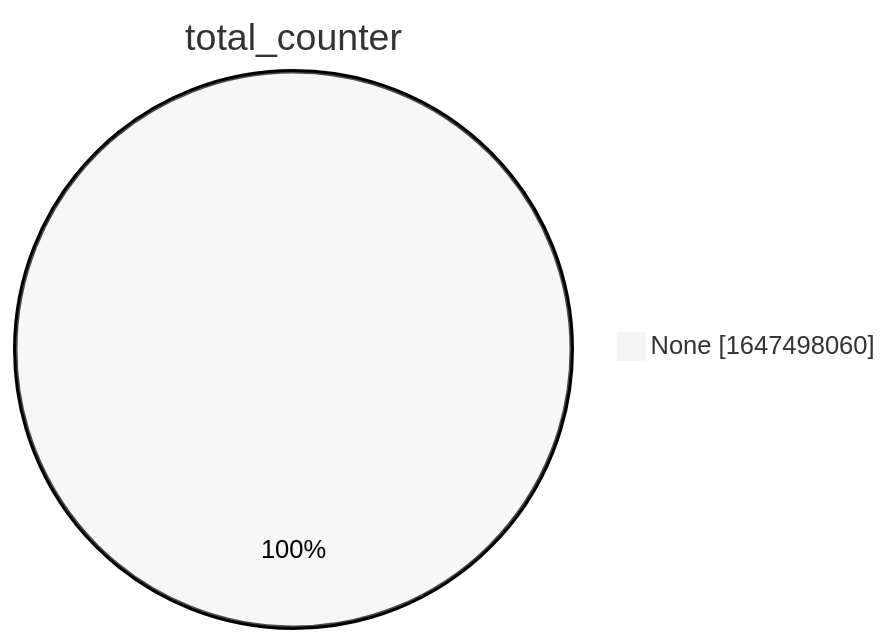
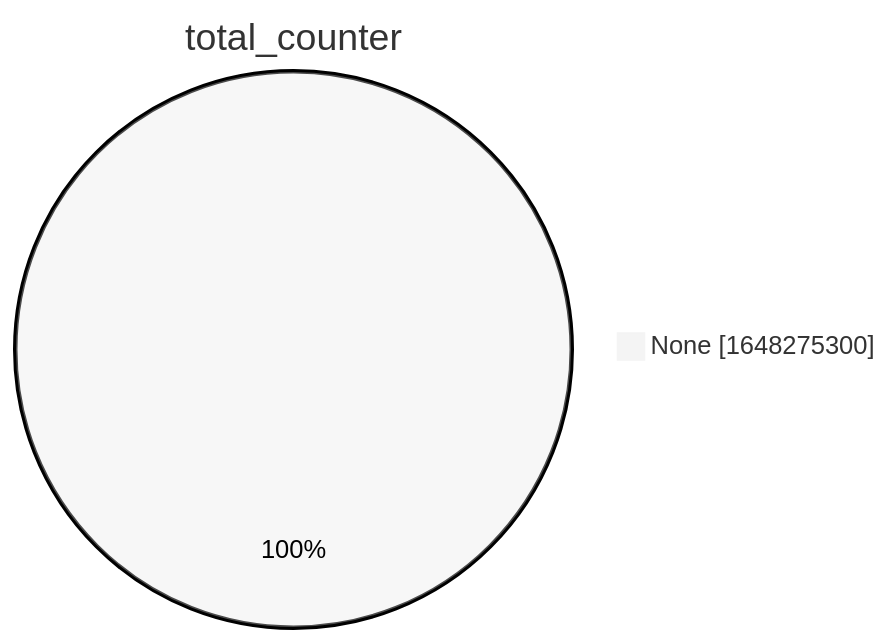
One commit to christiankrug/ctmonitor_visualization changed the second of 15 diagrams in xenon2022/README.md. Above: the diagram before and after it, drawn with Mermaid (neutral theme). The commit also changed other lines of this file, not shown here.

````diff
--- a/xenon2022/README.md
+++ b/xenon2022/README.md
@@ -9,5 +9,5 @@
 ```mermaid
 pie showData
 title total_counter
-"None" :1647498060
+"None" :1648275300
 ```
````
